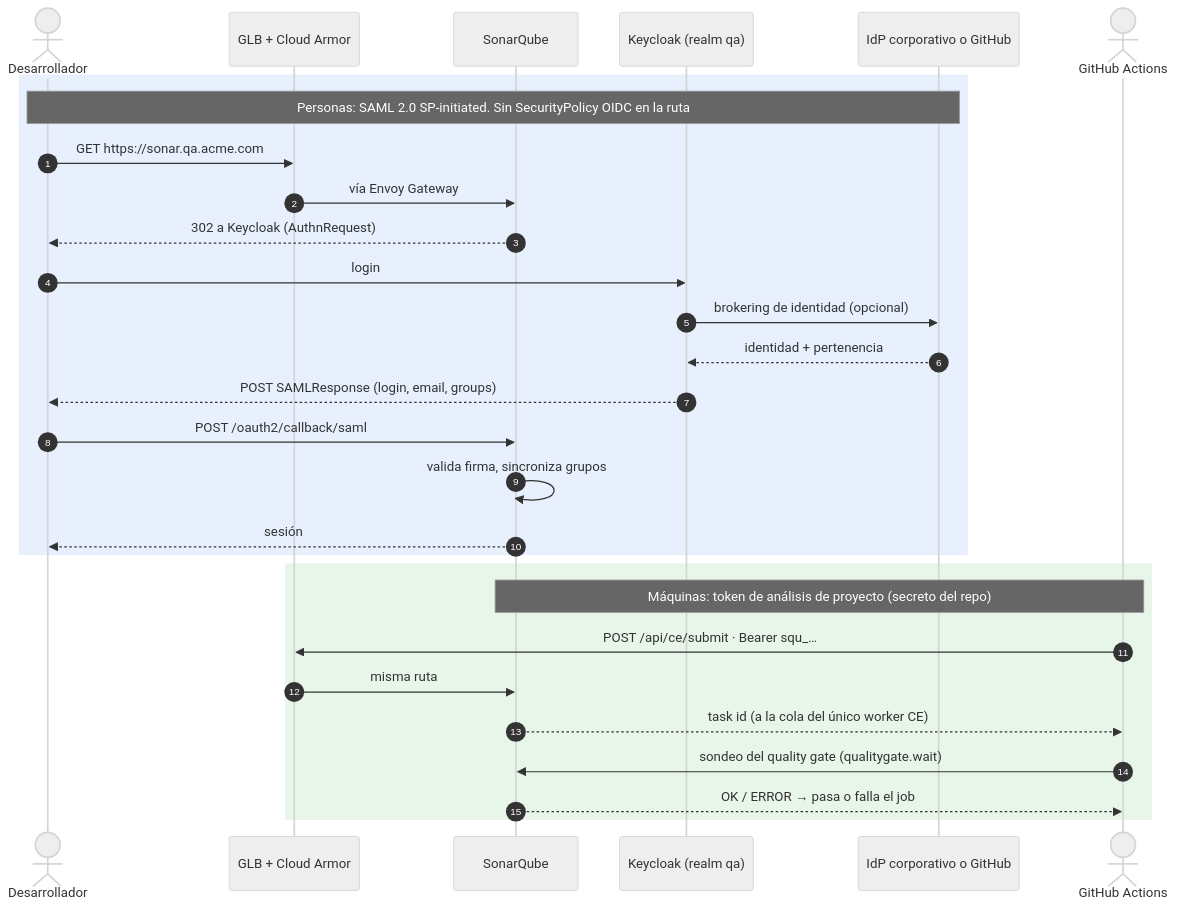
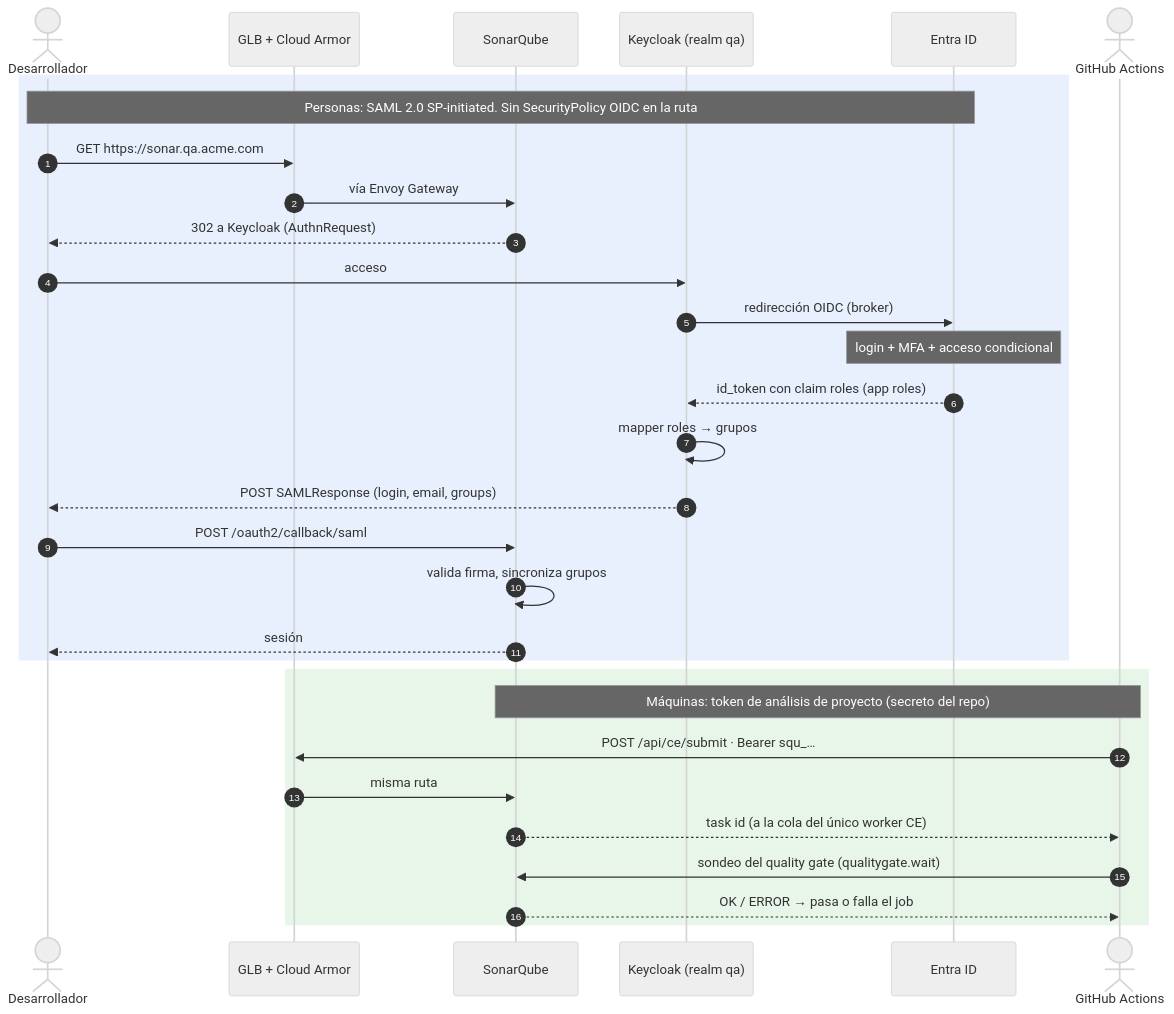
One commit to aescanero/proposal_documents changed the diagram in docs/proposals/sonarqube-qa/diagrams/05-autenticacion.mmd. Above: the diagram before and after it, drawn with Mermaid (neutral theme). The commit also changed 6 other files, not shown here.

```diff
--- a/docs/proposals/sonarqube-qa/diagrams/05-autenticacion.mmd
+++ b/docs/proposals/sonarqube-qa/diagrams/05-autenticacion.mmd
@@ -1,31 +1,33 @@
 sequenceDiagram
     autonumber
     actor U as Desarrollador
     participant LB as GLB + Cloud Armor
     participant SQ as SonarQube
     participant KC as Keycloak (realm qa)
-    participant UP as IdP corporativo o GitHub
+    participant UP as Entra ID
     actor CI as GitHub Actions
 
     rect rgb(232, 240, 254)
     Note over U,UP: Personas: SAML 2.0 SP-initiated. Sin SecurityPolicy OIDC en la ruta
     U->>LB: GET https://sonar.qa.acme.com
     LB->>SQ: vía Envoy Gateway
     SQ-->>U: 302 a Keycloak (AuthnRequest)
-    U->>KC: login
-    KC->>UP: brokering de identidad (opcional)
-    UP-->>KC: identidad + pertenencia
+    U->>KC: acceso
+    KC->>UP: redirección OIDC (broker)
+    Note over UP: login + MFA + acceso condicional
+    UP-->>KC: id_token con claim roles (app roles)
+    KC->>KC: mapper roles → grupos
     KC-->>U: POST SAMLResponse (login, email, groups)
     U->>SQ: POST /oauth2/callback/saml
     SQ->>SQ: valida firma, sincroniza grupos
     SQ-->>U: sesión
     end
 
     rect rgb(232, 245, 233)
     Note over CI,SQ: Máquinas: token de análisis de proyecto (secreto del repo)
     CI->>LB: POST /api/ce/submit · Bearer squ_…
     LB->>SQ: misma ruta
     SQ-->>CI: task id (a la cola del único worker CE)
     CI->>SQ: sondeo del quality gate (qualitygate.wait)
     SQ-->>CI: OK / ERROR → pasa o falla el job
     end
```
